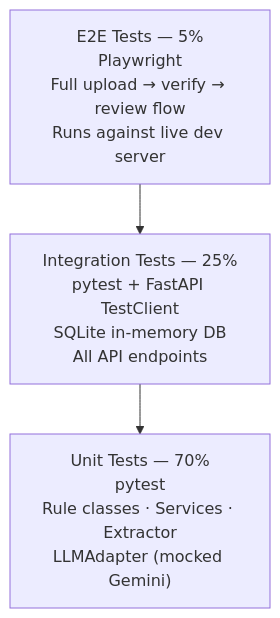
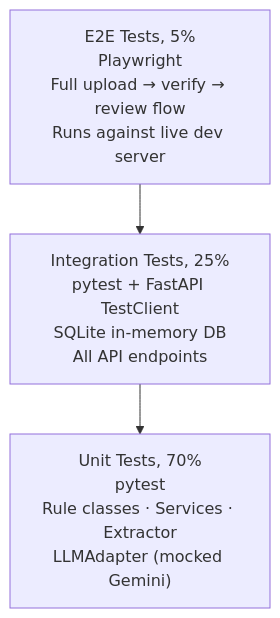
Before and after one commit to git07Sandesh/MSBON_Transcript_Verification: diagram 18 of 18 in Software_Design_Document.md, drawn with Mermaid. The commit also changed other lines of this file and 46 other files, not shown here.

````diff
--- a/Software_Design_Document.md
+++ b/Software_Design_Document.md
@@ -1541,8 +1541,8 @@
 ```mermaid
 graph TB
-    E2E["E2E Tests — 5%\nPlaywright\nFull upload → verify → review flow\nRuns against live dev server"]
-    INT["Integration Tests — 25%\npytest + FastAPI TestClient\nSQLite in-memory DB\nAll API endpoints"]
-    UNIT["Unit Tests — 70%\npytest\nRule classes · Services · Extractor\nLLMAdapter (mocked Gemini)"]
+    E2E["E2E Tests, 5%\nPlaywright\nFull upload → verify → review flow\nRuns against live dev server"]
+    INT["Integration Tests, 25%\npytest + FastAPI TestClient\nSQLite in-memory DB\nAll API endpoints"]
+    UNIT["Unit Tests, 70%\npytest\nRule classes · Services · Extractor\nLLMAdapter (mocked Gemini)"]
 
     E2E --> INT --> UNIT
 ```
````
